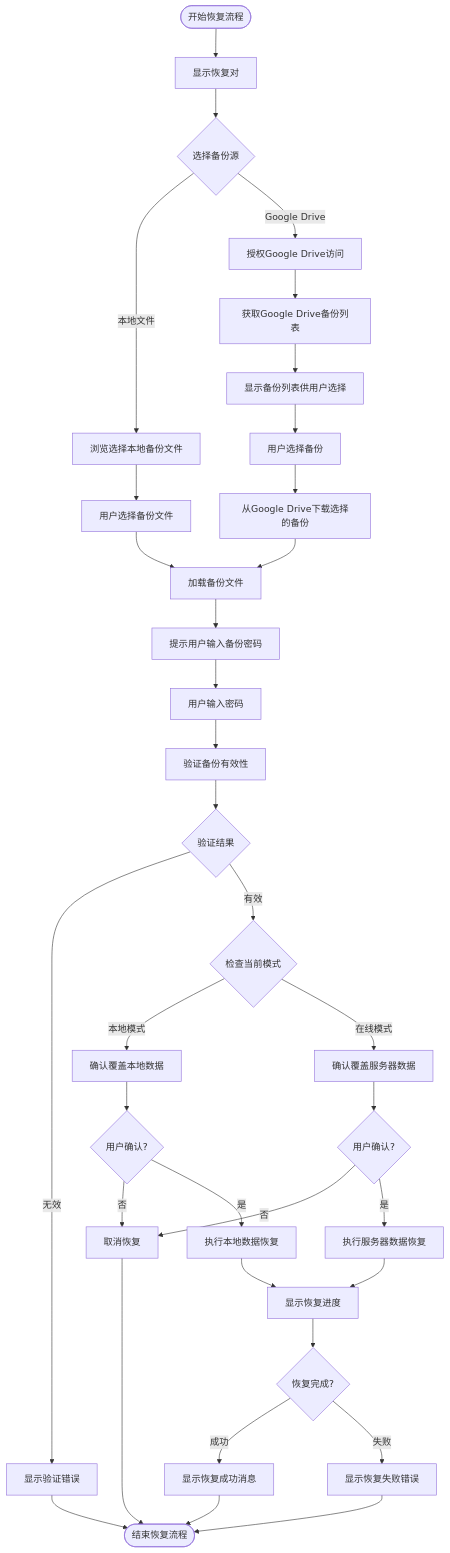
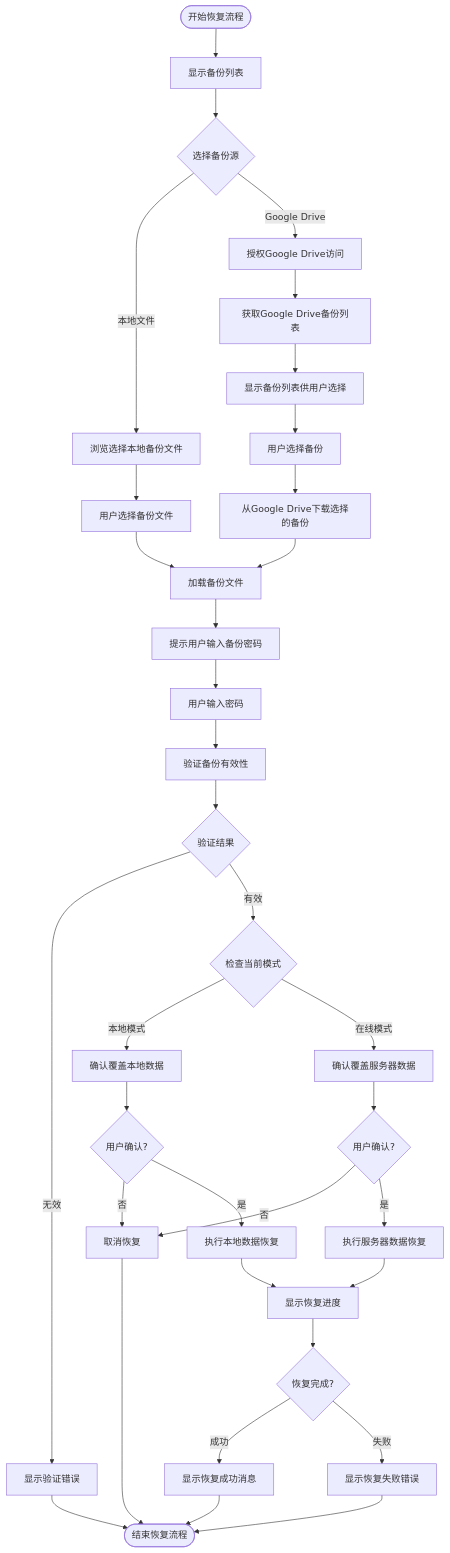
One commit to yingjianzh/iodraw-files changed the diagram in all/未命名-53.md. Above: the diagram before and after it, drawn with Mermaid.

Commit message:
2025-05-09 15:56:58 update

````diff
--- a/all/未命名-53.md
+++ b/all/未命名-53.md
@@ -1,48 +1,48 @@
 ```mermaid
 flowchart TD
-    Start([开始恢复流程]) --> ShowRestoreDialog[显示恢复对]
+    Start([开始恢复流程]) --> ShowRestoreDialog[显示备份列表]
     ShowRestoreDialog --> SelectSource{选择备份源}
     
     SelectSource -->|本地文件| BrowseLocalFile[浏览选择本地备份文件]
     SelectSource -->|Google Drive| AuthGDrive[授权Google Drive访问]
     
     BrowseLocalFile --> GetFileFromUser[用户选择备份文件]
     GetFileFromUser --> LoadBackupFile[加载备份文件]
     
     AuthGDrive --> FetchBackupList[获取Google Drive备份列表]
     FetchBackupList --> DisplayBackupsList[显示备份列表供用户选择]
     DisplayBackupsList --> UserSelectsBackup[用户选择备份]
     UserSelectsBackup --> DownloadGDriveBackup[从Google Drive下载选择的备份]
     DownloadGDriveBackup --> LoadBackupFile
     
     LoadBackupFile --> PromptPassword[提示用户输入备份密码]
     PromptPassword --> UserEntersPassword[用户输入密码]
     UserEntersPassword --> ValidateBackup[验证备份有效性]
     
     ValidateBackup --> ValidationResult{验证结果}
     ValidationResult -->|无效| ShowValidationError[显示验证错误]
     ValidationResult -->|有效| CheckCurrentMode{检查当前模式}
     
     CheckCurrentMode -->|本地模式| ConfirmLocalRestore[确认覆盖本地数据]
     CheckCurrentMode -->|在线模式| ConfirmServerRestore[确认覆盖服务器数据]
     
     ConfirmLocalRestore --> UserConfirm1{用户确认?}
     UserConfirm1 -->|否| CancelRestore[取消恢复]
     UserConfirm1 -->|是| ExecuteLocalRestore[执行本地数据恢复]
     
     ConfirmServerRestore --> UserConfirm2{用户确认?}
     UserConfirm2 -->|否| CancelRestore
     UserConfirm2 -->|是| ExecuteServerRestore[执行服务器数据恢复]
     
     ExecuteLocalRestore --> ShowProgress[显示恢复进度]
     ExecuteServerRestore --> ShowProgress
     
     ShowProgress --> RestoreComplete{恢复完成?}
     RestoreComplete -->|成功| ShowSuccess[显示恢复成功消息]
     RestoreComplete -->|失败| ShowError[显示恢复失败错误]
     
     ShowSuccess --> End([结束恢复流程])
     ShowError --> End
     ShowValidationError --> End
     CancelRestore --> End
 ```
````
